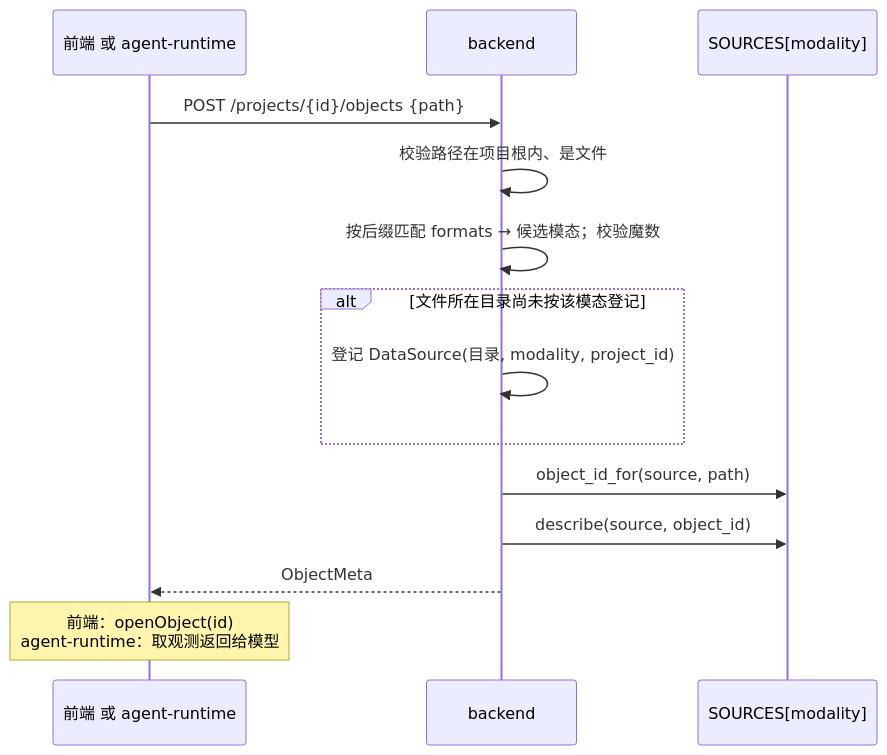
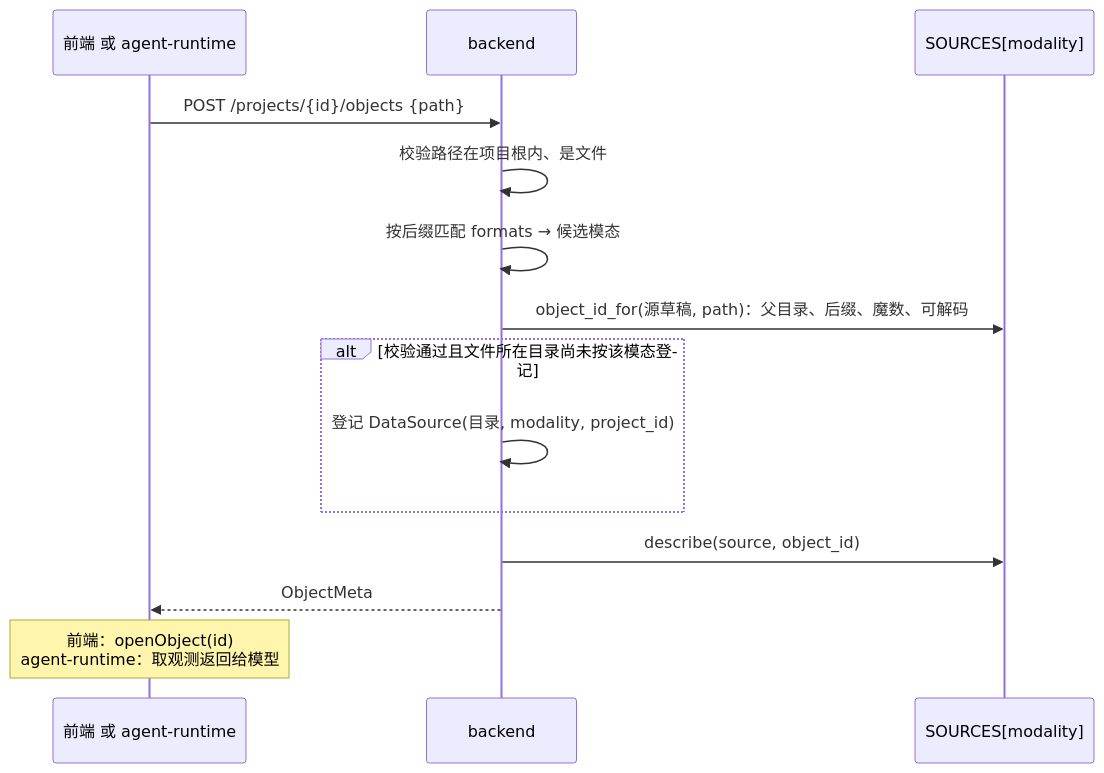
One commit to zhentai-sn/open-glaux changed the third of 7 diagrams in docs/sdd/feats/13-project-folder-sessions/README.md. Above: the diagram before and after it, drawn with Mermaid. The commit also changed other lines of this file and 6 other files, not shown here.

````diff
--- a/docs/sdd/feats/13-project-folder-sessions/README.md
+++ b/docs/sdd/feats/13-project-folder-sessions/README.md
@@ -170,16 +172,16 @@
 ```mermaid
 sequenceDiagram
     participant C as 前端 或 agent-runtime
     participant BE as backend
     participant S as SOURCES[modality]
     C->>BE: POST /projects/{id}/objects {path}
     BE->>BE: 校验路径在项目根内、是文件
-    BE->>BE: 按后缀匹配 formats → 候选模态；校验魔数
-    alt 文件所在目录尚未按该模态登记
+    BE->>BE: 按后缀匹配 formats → 候选模态
+    BE->>S: object_id_for(源草稿, path)：父目录、后缀、魔数、可解码
+    alt 校验通过且文件所在目录尚未按该模态登记
         BE->>BE: 登记 DataSource(目录, modality, project_id)
     end
-    BE->>S: object_id_for(source, path)
     BE->>S: describe(source, object_id)
     BE-->>C: ObjectMeta
     Note over C: 前端：openObject(id)<br/>agent-runtime：取观测返回给模型
 ```
````
